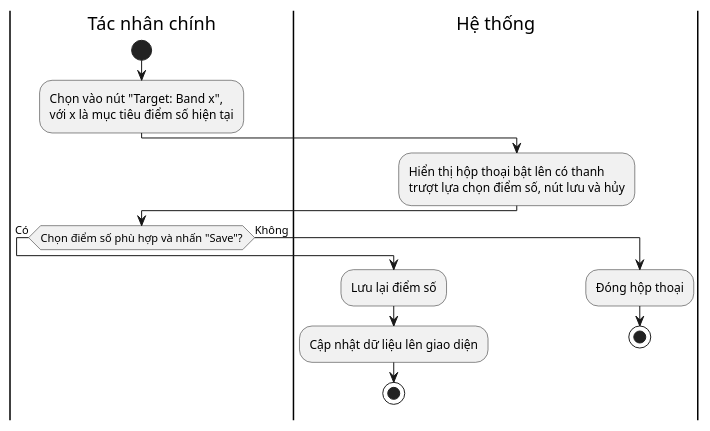
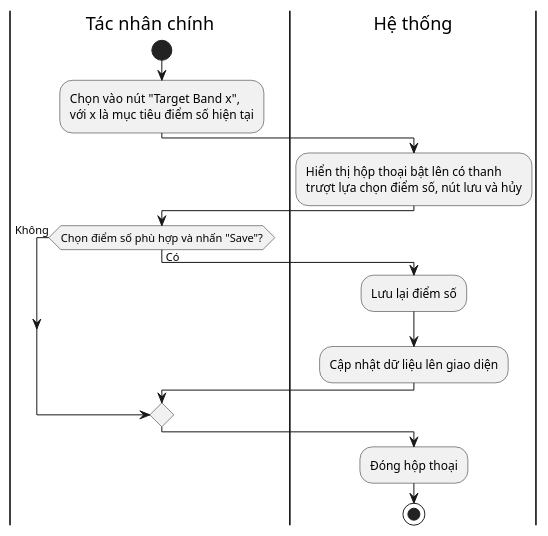
One commit to ielts-writing-org/ielts-fullstack changed the diagram in docs/dat-muc-tieu.act.puml. Above: the diagram before and after it, drawn with PlantUML. The commit also changed 28 other files, not shown here.

First line of the commit message:
docs: add comprehensive UML diagrams for practice session management

```diff
--- a/docs/dat-muc-tieu.act.puml
+++ b/docs/dat-muc-tieu.act.puml
@@ -1,23 +1,23 @@
 @startuml Đặt mục tiêu ACT
 
 skinparam DefaultFontName Segoe UI
 
 |Tác nhân chính|
 start
-:Chọn vào nút "Target: Band x",\nvới x là mục tiêu điểm số hiện tại;
+:Chọn vào nút "Target Band x",\nvới x là mục tiêu điểm số hiện tại;
 
 |Hệ thống|
 :Hiển thị hộp thoại bật lên có thanh\ntrượt lựa chọn điểm số, nút lưu và hủy;
 
 |Tác nhân chính|
 if (Chọn điểm số phù hợp và nhấn "Save"?) then (Có)
 	|Hệ thống|
 	:Lưu lại điểm số;
 	:Cập nhật dữ liệu lên giao diện;
-	stop
 else (Không)
-	:Đóng hộp thoại;
-	stop
 endif
 
+:Đóng hộp thoại;
+stop
+
 @enduml
```
